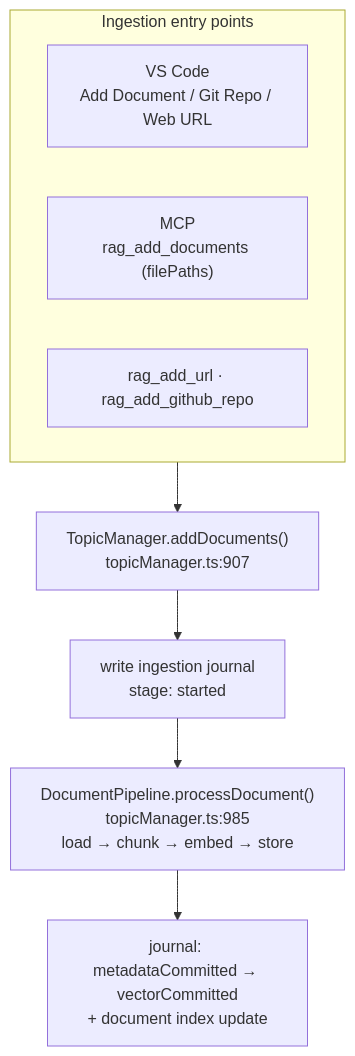
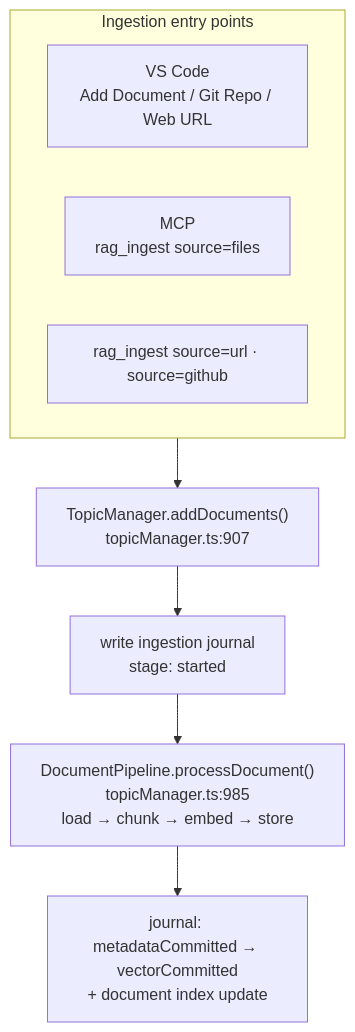
Before and after one commit to hyorman/RAGnarok: the first of 4 diagrams in docs/RETRIEVAL-PIPELINE.md, drawn with Mermaid. The commit also changed other lines of this file and 16 other files, not shown here.

````diff
--- a/docs/RETRIEVAL-PIPELINE.md
+++ b/docs/RETRIEVAL-PIPELINE.md
@@ -16,14 +16,14 @@
 ```mermaid
 flowchart TB
   subgraph entry["Ingestion entry points"]
     vs["VS Code<br/>Add Document / Git Repo / Web URL"]
-    mcpl["MCP<br/>rag_add_documents (filePaths)"]
-    url["rag_add_url · rag_add_github_repo"]
+    mcpl["MCP<br/>rag_ingest source=files"]
+    url["rag_ingest source=url · source=github"]
   end
 
   entry --> TM["TopicManager.addDocuments()<br/>topicManager.ts:907"]
 
   TM --> J1["write ingestion journal<br/>stage: started"]
   J1 --> PROC["DocumentPipeline.processDocument()<br/>topicManager.ts:985<br/>load → chunk → embed → store"]
   PROC --> J2["journal: metadataCommitted → vectorCommitted<br/>+ document index update"]
 ```
````
